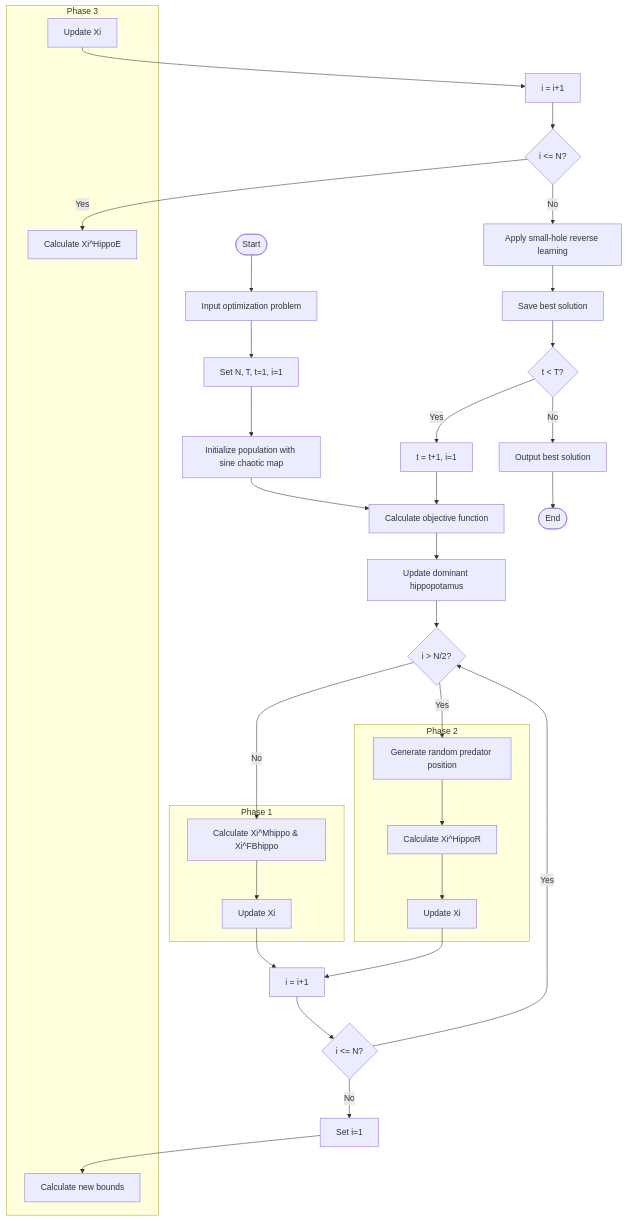
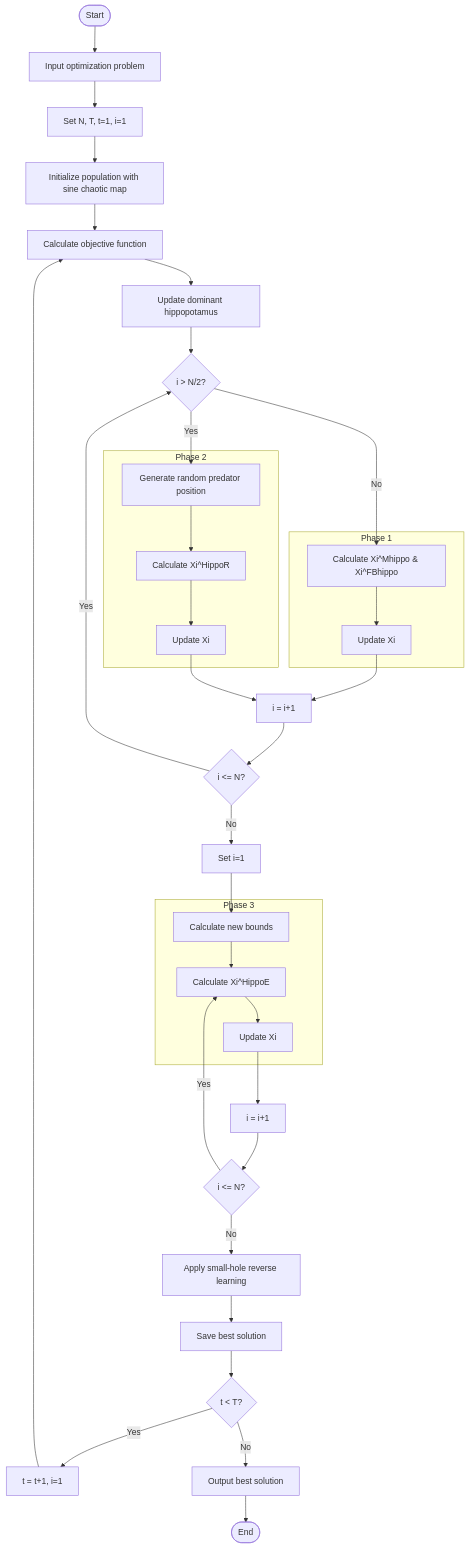
The fourth of 4 diagrams in README.md (chrisracha/mermaid-sandbox), drawn with Mermaid before and after one commit.

````diff
--- a/README.md
+++ b/README.md
@@ -174,51 +174,53 @@
 ```mermaid
 flowchart TD
 
   A([Start]) --> B[Input optimization problem]
   B --> C[Set N, T, t=1, i=1]
   C --> D[Initialize population with sine chaotic map]
   D --> E[Calculate objective function]
   E --> F[Update dominant hippopotamus]
   F --> G{i > N/2?}
 
   subgraph Phase 1
     H[Calculate Xi^Mhippo & Xi^FBhippo]
     I[Update Xi]
   end
 
   subgraph Phase 2
     L[Generate random predator position]
     M[Calculate Xi^HippoR]
     N[Update Xi]
   end
 
   subgraph Phase 3
     R[Calculate new bounds]
     S[Calculate Xi^HippoE]
     T[Update Xi]
   end
 
   G -->|No| H
   H --> I
   I --> K
   G -->|Yes| L
   L --> M
   M --> N
   N --> K
 
   K[i = i+1] --> P{i <= N?}
   P -->|Yes| G
   P -->|No| Q[Set i=1]
 
   Q --> R
+  R --> S
+  S --> T
   T --> U[i = i+1]
   U --> V{i <= N?}
   V -->|Yes| S
   V -->|No| W[Apply small-hole reverse learning]
   W --> X[Save best solution]
   X --> Y{t < T?}
   Y -->|Yes| Z[t = t+1, i=1]
   Z --> E
   Y -->|No| AA[Output best solution]
   AA --> AB([End])
 ```
````
